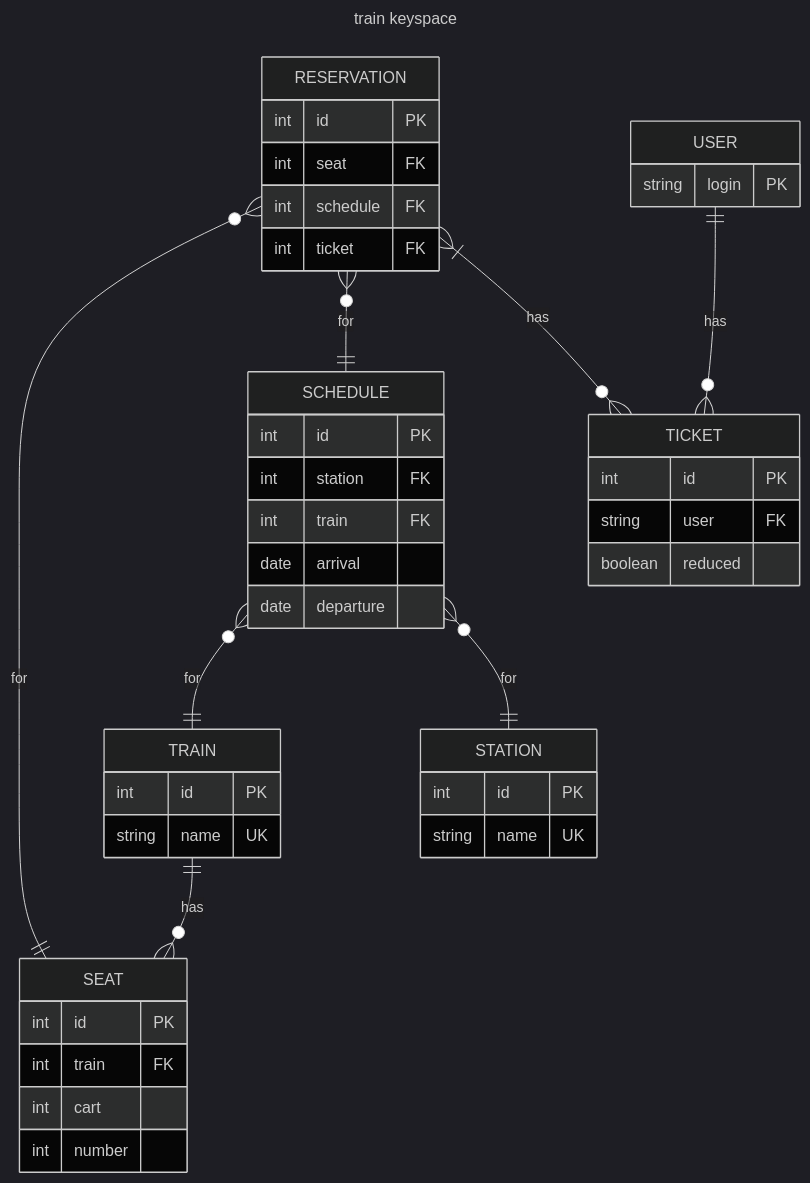
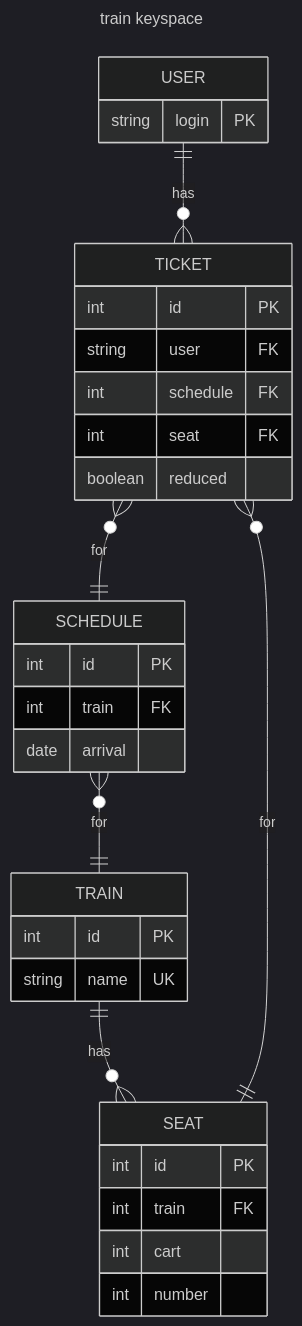
Before and after one commit to Wojciechm-AdapptLimited/train-scheduler: the diagram in README.md, drawn with Mermaid (dark theme).

Commit message:
refactor: simplify db schema

````diff
--- a/README.md
+++ b/README.md
@@ -13,55 +13,41 @@
 ```mermaid
 ---
 title: train keyspace
 ---
 erDiagram
     TRAIN {
         int id PK
         string name UK
     }
 
     SEAT {
         int id PK
         int train FK
         int cart
         int number
     }
 
     USER {
         string login PK
     }
 
-    STATION {
-        int id PK
-        string name UK
-    }
-
     SCHEDULE {
         int id PK
-        int station FK
         int train FK
         date arrival
-        date departure
     }
 
     TICKET {
         int id PK
         string user FK
+        int schedule FK
+        int seat FK
         boolean reduced
-    }
-
-    RESERVATION {
-        int id PK
-        int seat FK
-        int schedule FK
-        int ticket FK
     }
 
     TRAIN ||--o{ SEAT : has
     SCHEDULE }o--|| TRAIN : for
-    SCHEDULE }o--|| STATION : for
-    RESERVATION }o--|| SEAT : for
-    RESERVATION }o--|| SCHEDULE : for
-    RESERVATION }|--o{ TICKET : has
+    TICKET }o--|| SEAT : for
+    TICKET }o--|| SCHEDULE : for
     USER ||--o{ TICKET : has
 ```
````
